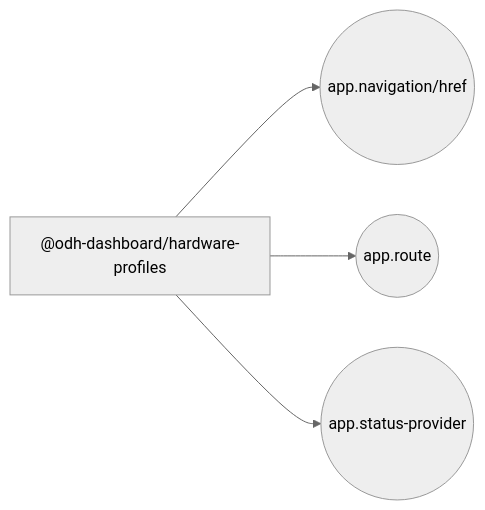
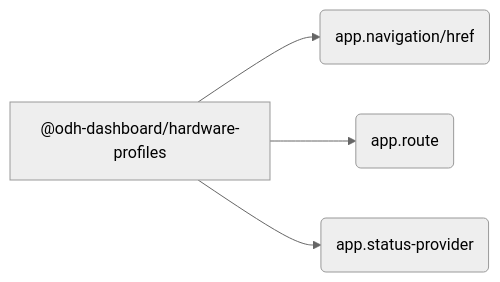
The diagram in packages/hardware-profiles/docs/extensions.md (mturley/odh-dashboard), drawn with Mermaid (neutral theme) before and after one commit. The commit also changed 24 other files, not shown here.

````diff
--- a/packages/hardware-profiles/docs/extensions.md
+++ b/packages/hardware-profiles/docs/extensions.md
@@ -15,10 +15,10 @@
 ```mermaid
 flowchart LR
   pkg_n__odh_dashboard_hardware_profiles_e0986f["@odh-dashboard/hardware-profiles"]
-  point_n_app_navigation_href_67179c(("app.navigation/href"))
+  point_n_app_navigation_href_67179c("app.navigation/href")
   pkg_n__odh_dashboard_hardware_profiles_e0986f --> point_n_app_navigation_href_67179c
-  point_n_app_route_2735df(("app.route"))
+  point_n_app_route_2735df("app.route")
   pkg_n__odh_dashboard_hardware_profiles_e0986f --> point_n_app_route_2735df
-  point_n_app_status_provider_94dc4e(("app.status-provider"))
+  point_n_app_status_provider_94dc4e("app.status-provider")
   pkg_n__odh_dashboard_hardware_profiles_e0986f --> point_n_app_status_provider_94dc4e
 ```
````
